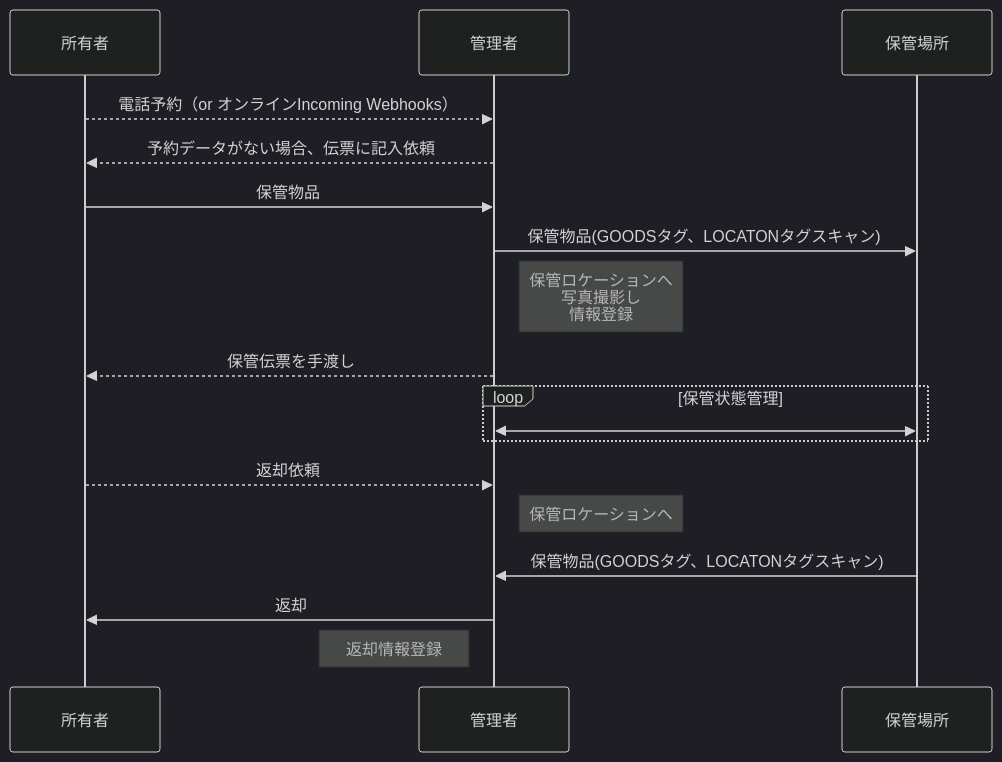
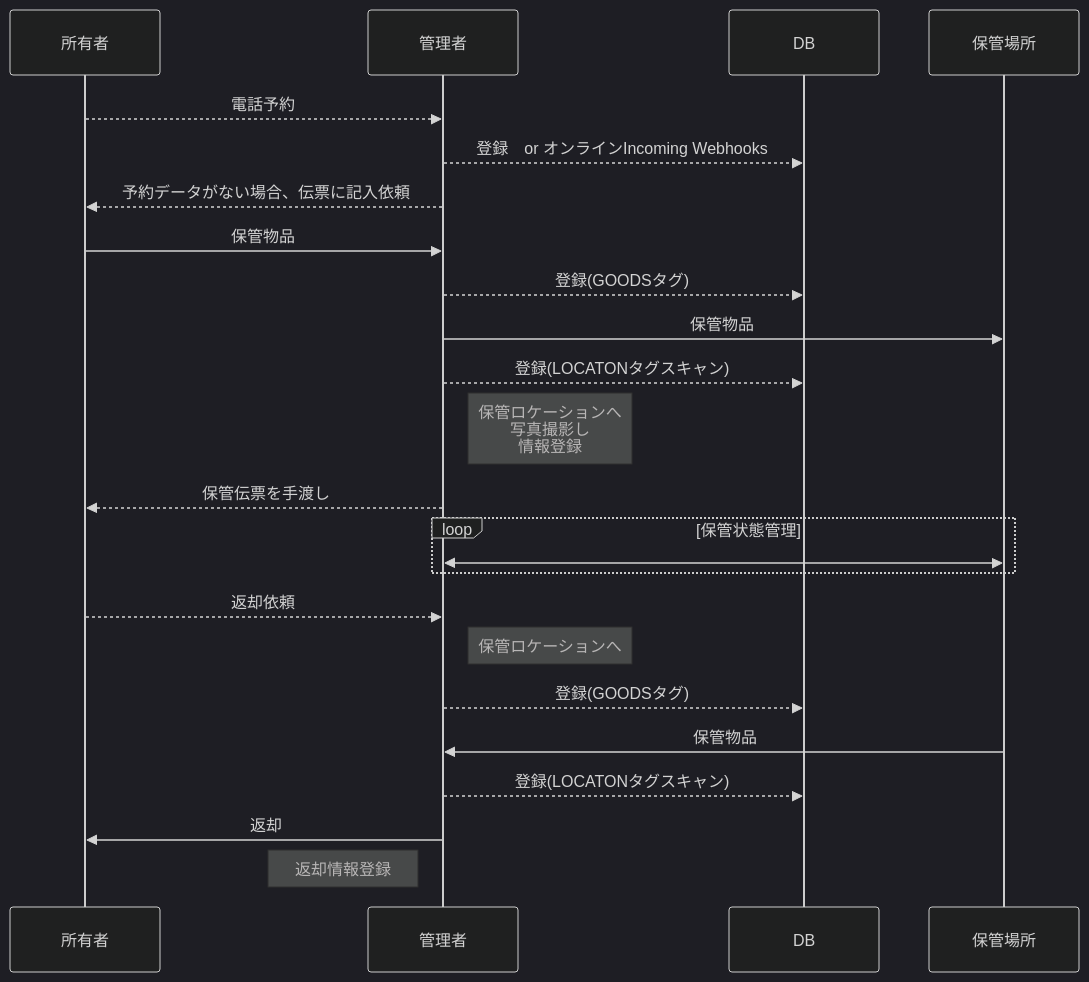
One commit to piot-jp-Team/goods_storage changed the first of 2 diagrams in README.md. Above: the diagram before and after it, drawn with Mermaid (dark theme).

````diff
--- a/README.md
+++ b/README.md
@@ -11,19 +11,25 @@
 ```mermaid
 sequenceDiagram
     participant 所有者
     participant 管理者
-    所有者-->>管理者: 電話予約（or オンラインIncoming Webhooks）
+    participant DB
+    所有者-->>管理者: 電話予約
+    管理者-->>DB: 登録　or オンラインIncoming Webhooks
     管理者-->>所有者: 予約データがない場合、伝票に記入依頼
     所有者->>管理者: 保管物品
-    管理者->>保管場所: 保管物品(GOODSタグ、LOCATONタグスキャン)
+    管理者-->>DB: 登録(GOODSタグ)
+    管理者->>保管場所: 保管物品
+    管理者-->>DB: 登録(LOCATONタグスキャン)
     Note right of 管理者: 保管ロケーションへ <br/>写真撮影し <br/>情報登録
     管理者-->>所有者: 保管伝票を手渡し
     loop 保管状態管理
         管理者<<->>保管場所: 
     end
     所有者-->>管理者: 返却依頼
     Note right of 管理者: 保管ロケーションへ
-    保管場所->>管理者: 保管物品(GOODSタグ、LOCATONタグスキャン)
+    管理者-->>DB: 登録(GOODSタグ)
+    保管場所->>管理者: 保管物品
+    管理者-->>DB: 登録(LOCATONタグスキャン)
     管理者->>所有者: 返却
     Note left of 管理者: 返却情報登録
 ```
````
